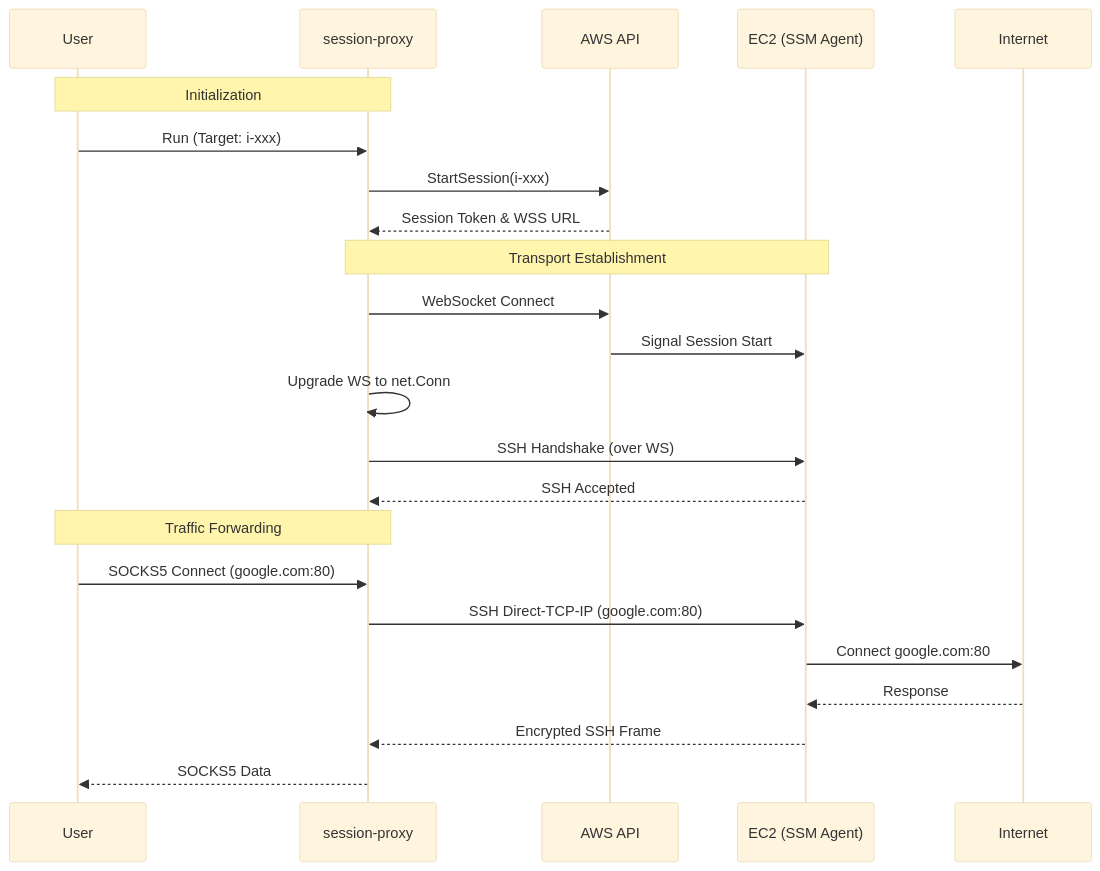
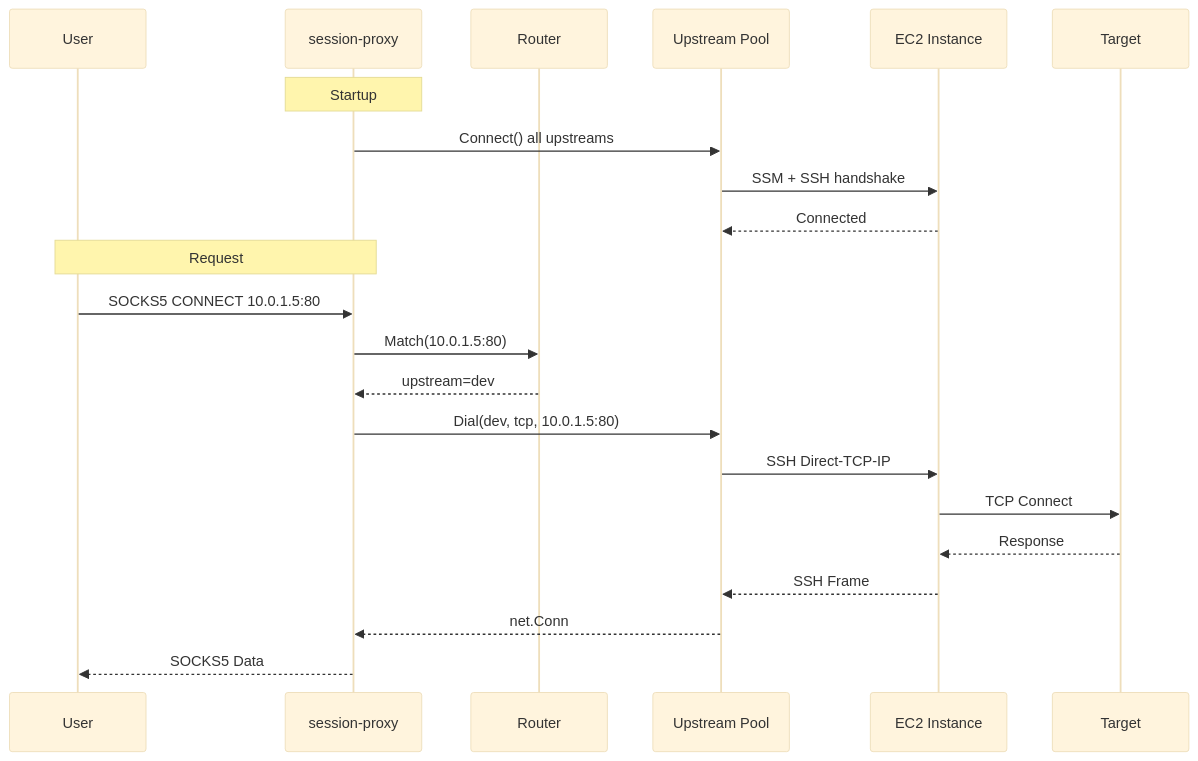
The third of 3 diagrams in docs/architecture.md (Hanschad/session-proxy), drawn with Mermaid (base theme) before and after one commit. The commit also changed other lines of this file and 15 other files, not shown here.

First line of the commit message:
feat: multi-upstream routing with failover and SOCKS5 auth

````diff
--- a/docs/architecture.md
+++ b/docs/architecture.md
@@ -72,27 +115,25 @@
 ```mermaid
 sequenceDiagram
     participant User
     participant Proxy as session-proxy
-    participant AWS as AWS API
-    participant EC2 as EC2 (SSM Agent)
+    participant Router
+    participant Pool as Upstream Pool
+    participant EC2 as EC2 Instance
 
-    Note over User, Proxy: Initialization
-    User->>Proxy: Run (Target: i-xxx)
-    Proxy->>AWS: StartSession(i-xxx)
-    AWS-->>Proxy: Session Token & WSS URL
+    Note over Proxy: Startup
+    Proxy->>Pool: Connect() all upstreams
+    Pool->>EC2: SSM + SSH handshake
+    EC2-->>Pool: Connected
 
-    Note over Proxy, EC2: Transport Establishment
-    Proxy->>AWS: WebSocket Connect
-    AWS->>EC2: Signal Session Start
-    Proxy->>Proxy: Upgrade WS to net.Conn
-    Proxy->>EC2: SSH Handshake (over WS)
-    EC2-->>Proxy: SSH Accepted
-
-    Note over User, Proxy: Traffic Forwarding
-    User->>Proxy: SOCKS5 Connect (google.com:80)
-    Proxy->>EC2: SSH Direct-TCP-IP (google.com:80)
-    EC2->>Internet: Connect google.com:80
-    Internet-->>EC2: Response
-    EC2-->>Proxy: Encrypted SSH Frame
+    Note over User, Proxy: Request
+    User->>Proxy: SOCKS5 CONNECT 10.0.1.5:80
+    Proxy->>Router: Match(10.0.1.5:80)
+    Router-->>Proxy: upstream=dev
+    Proxy->>Pool: Dial(dev, tcp, 10.0.1.5:80)
+    Pool->>EC2: SSH Direct-TCP-IP
+    EC2->>Target: TCP Connect
+    Target-->>EC2: Response
+    EC2-->>Pool: SSH Frame
+    Pool-->>Proxy: net.Conn
     Proxy-->>User: SOCKS5 Data
 ```
````
